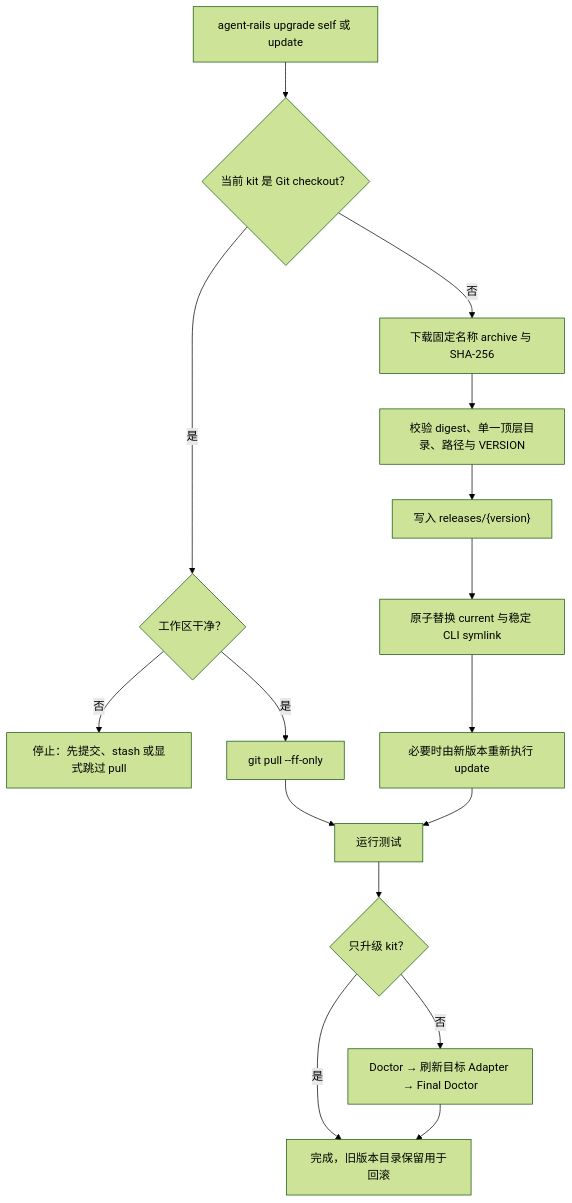
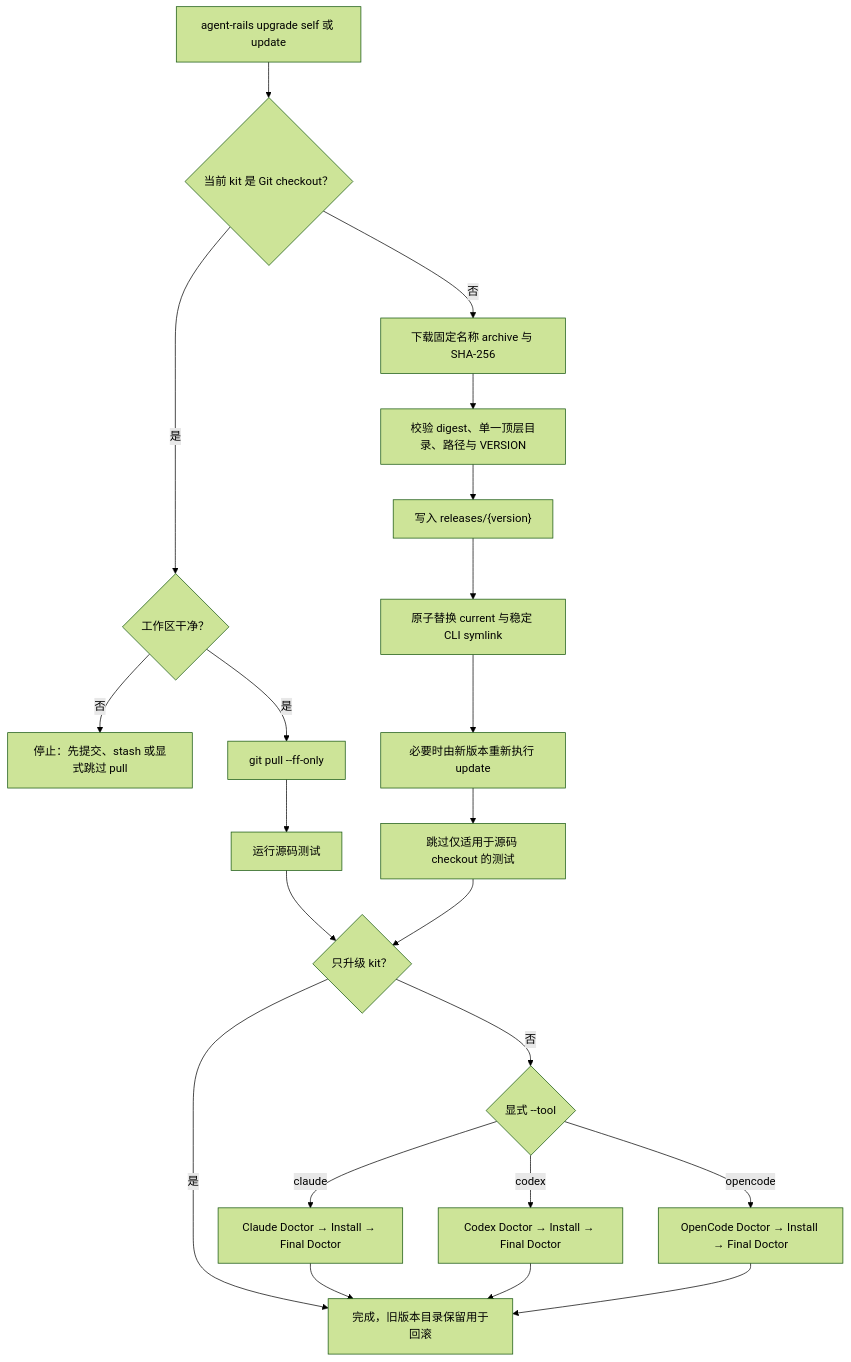
The seventh of 7 diagrams in docs/how-agent-rails-works.zh-CN.md (948462448/agent-rails), drawn with Mermaid (forest theme) before and after one commit. The commit also changed other lines of this file and 15 other files, not shown here.

````diff
--- a/docs/how-agent-rails-works.zh-CN.md
+++ b/docs/how-agent-rails-works.zh-CN.md
@@ -190,20 +190,26 @@
 ```mermaid
 flowchart TD
     UPDATE["agent-rails upgrade self 或 update"] --> SOURCE{"当前 kit 是 Git checkout？"}
     SOURCE -->|是| CLEAN{"工作区干净？"}
     CLEAN -->|否| STOP_GIT["停止：先提交、stash 或显式跳过 pull"]
     CLEAN -->|是| PULL["git pull --ff-only"]
 
     SOURCE -->|否| DOWNLOAD["下载固定名称 archive 与 SHA-256"]
     DOWNLOAD --> VERIFY["校验 digest、单一顶层目录、路径与 VERSION"]
     VERIFY --> STAGE["写入 releases/{version}"]
     STAGE --> SWITCH["原子替换 current 与稳定 CLI symlink"]
     SWITCH --> REEXEC["必要时由新版本重新执行 update"]
 
-    PULL --> TESTS["运行测试"]
-    REEXEC --> TESTS
+    PULL --> TESTS["运行源码测试"]
+    REEXEC --> SKIP_TESTS["跳过仅适用于源码 checkout 的测试"]
     TESTS --> SELF{"只升级 kit？"}
+    SKIP_TESTS --> SELF
     SELF -->|是| DONE["完成，旧版本目录保留用于回滚"]
-    SELF -->|否| DOCTOR["Doctor → 刷新目标 Adapter → Final Doctor"]
-    DOCTOR --> DONE
+    SELF -->|否| TOOL{"显式 --tool"}
+    TOOL -->|claude| CLAUDE["Claude Doctor → Install → Final Doctor"]
+    TOOL -->|codex| CODEX["Codex Doctor → Install → Final Doctor"]
+    TOOL -->|opencode| OPENCODE["OpenCode Doctor → Install → Final Doctor"]
+    CLAUDE --> DONE
+    CODEX --> DONE
+    OPENCODE --> DONE
 ```
````
